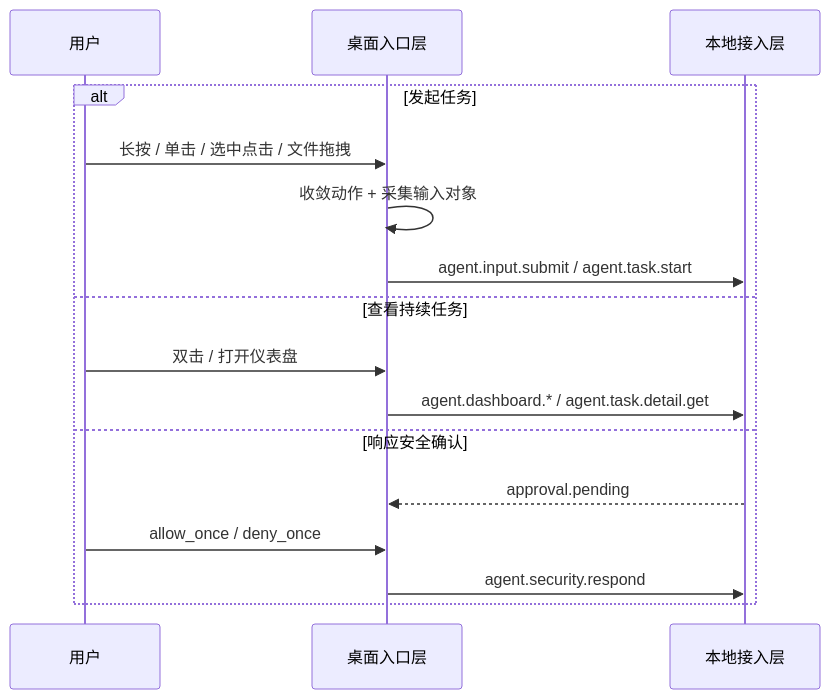
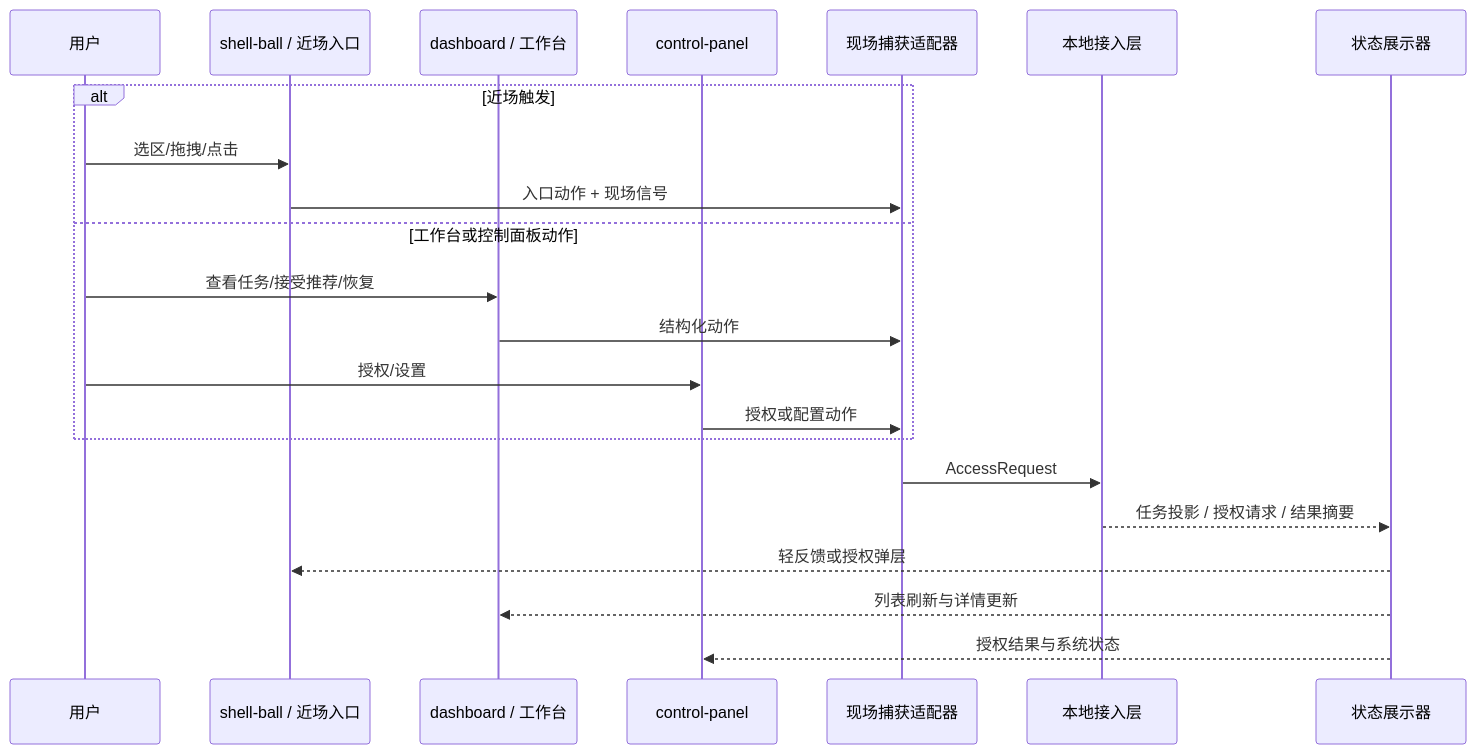
The fourth of 20 diagrams in docs/architecture-overview.md (Blackcloudss/CialloClaw), drawn with Mermaid before and after one commit. The commit also changed other lines of this file, not shown here.

Commit message:
Update architecture design document

````diff
--- a/docs/architecture-overview.md
+++ b/docs/architecture-overview.md
@@ -201,19 +363,26 @@
 ```mermaid
 sequenceDiagram
     participant U as 用户
-    participant IN as 桌面入口层
+    participant SB as shell-ball / 近场入口
+    participant DB as dashboard / 工作台
+    participant CP as control-panel
+    participant CAP as 现场捕获适配器
     participant ACCESS as 本地接入层
+    participant VIEW as 状态展示器
 
-    alt 发起任务
-        U->>IN: 长按 / 单击 / 选中点击 / 文件拖拽
-        IN->>IN: 收敛动作 + 采集输入对象
-        IN->>ACCESS: agent.input.submit / agent.task.start
-    else 查看持续任务
-        U->>IN: 双击 / 打开仪表盘
-        IN->>ACCESS: agent.dashboard.* / agent.task.detail.get
-    else 响应安全确认
-        ACCESS-->>IN: approval.pending
-        U->>IN: allow_once / deny_once
-        IN->>ACCESS: agent.security.respond
+    alt 近场触发
+        U->>SB: 选区/拖拽/点击
+        SB->>CAP: 入口动作 + 现场信号
+    else 工作台或控制面板动作
+        U->>DB: 查看任务/接受推荐/恢复
+        DB->>CAP: 结构化动作
+        U->>CP: 授权/设置
+        CP->>CAP: 授权或配置动作
     end
+
+    CAP->>ACCESS: AccessRequest
+    ACCESS-->>VIEW: 任务投影 / 授权请求 / 结果摘要
+    VIEW-->>SB: 轻反馈或授权弹层
+    VIEW-->>DB: 列表刷新与详情更新
+    VIEW-->>CP: 授权结果与系统状态
 ```
````
